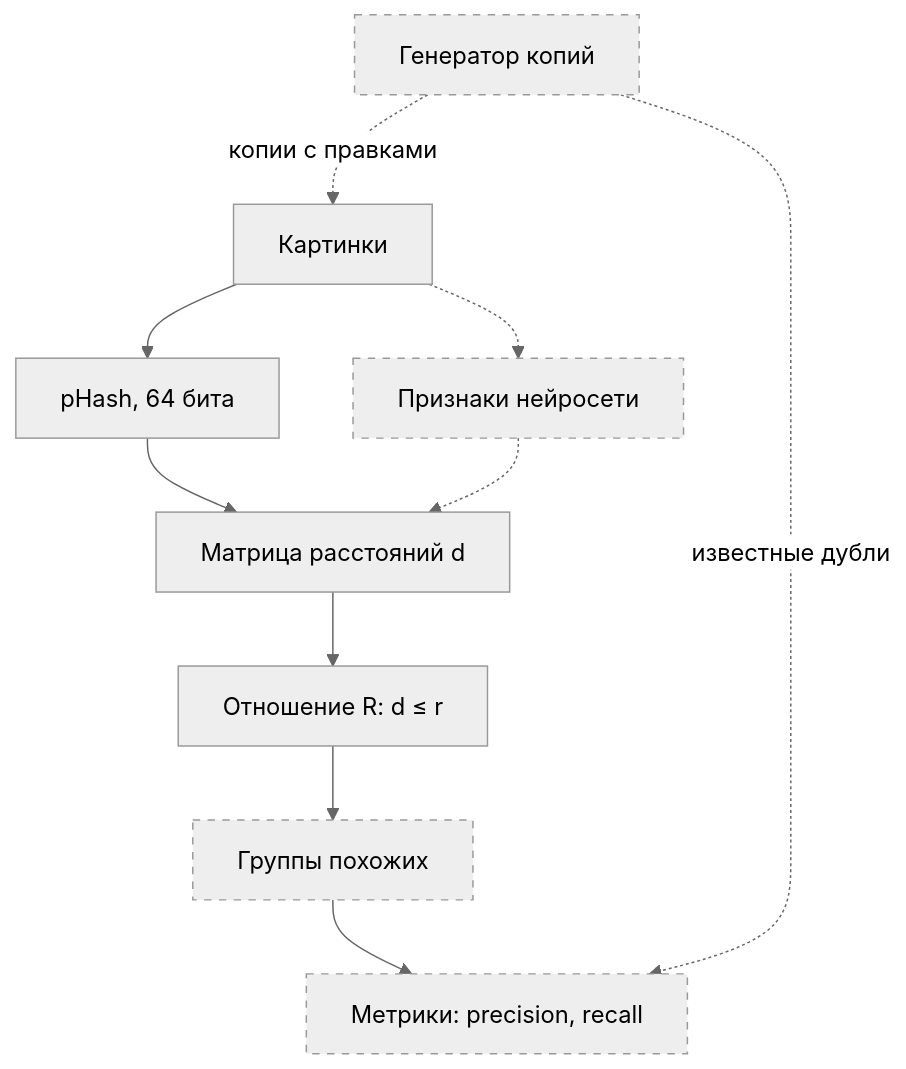
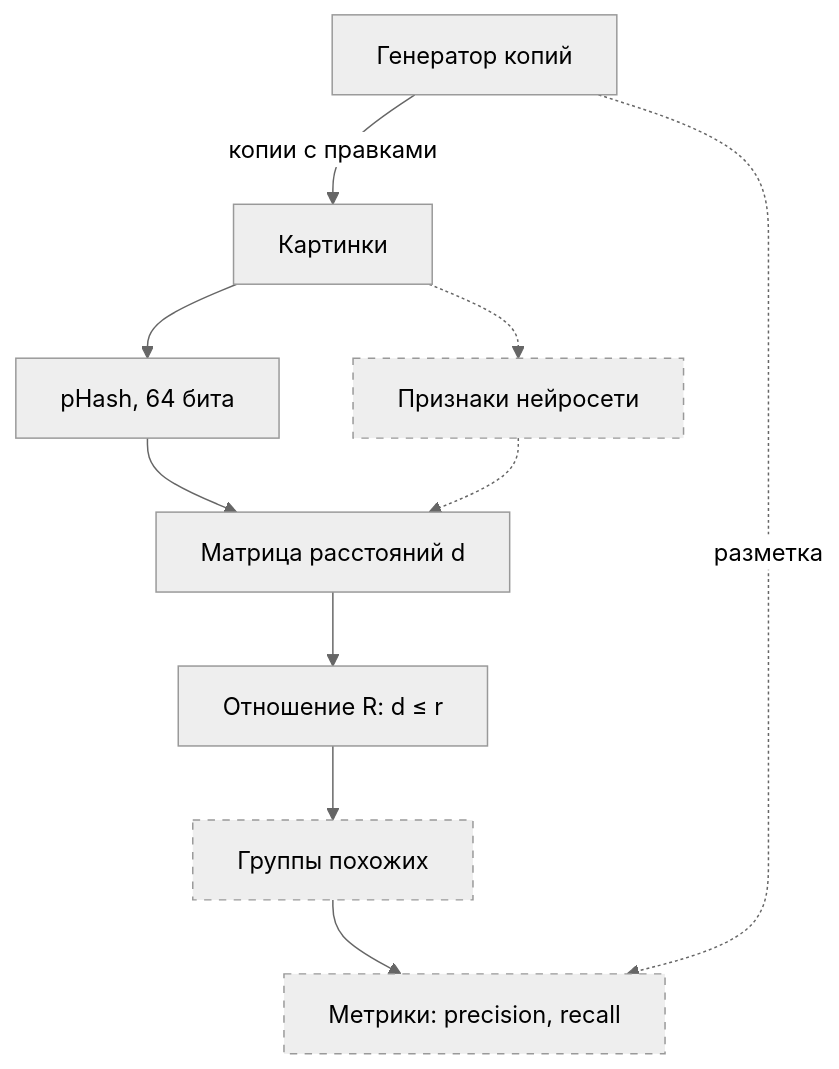
One commit to kazumasatovich/image-dup-search changed the diagram in README.md. Above: the diagram before and after it, drawn with Mermaid (neutral theme). The commit also changed other lines of this file and 1 other file, not shown here.

````diff
--- a/README.md
+++ b/README.md
@@ -33,15 +35,15 @@
 ```mermaid
 flowchart TD
     IMG["Картинки"] --> HASH["pHash, 64 бита"]
     HASH --> DIST["Матрица расстояний d"]
     DIST --> REL["Отношение R: d ≤ r"]
     REL --> GRP["Группы похожих"]
     GRP --> MET["Метрики: precision, recall"]
     IMG -.-> NN["Признаки нейросети"]
     NN -.-> DIST
-    GEN["Генератор копий"] -.->|"копии с правками"| IMG
-    GEN -.->|"известные дубли"| MET
+    GEN["Генератор копий"] -->|"копии с правками"| IMG
+    GEN -.->|"разметка"| MET
 
     classDef plan stroke-dasharray: 5 5
-    class GRP,MET,NN,GEN plan
+    class GRP,MET,NN plan
 ```
````
